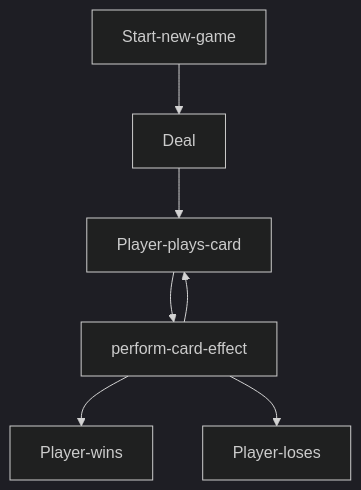
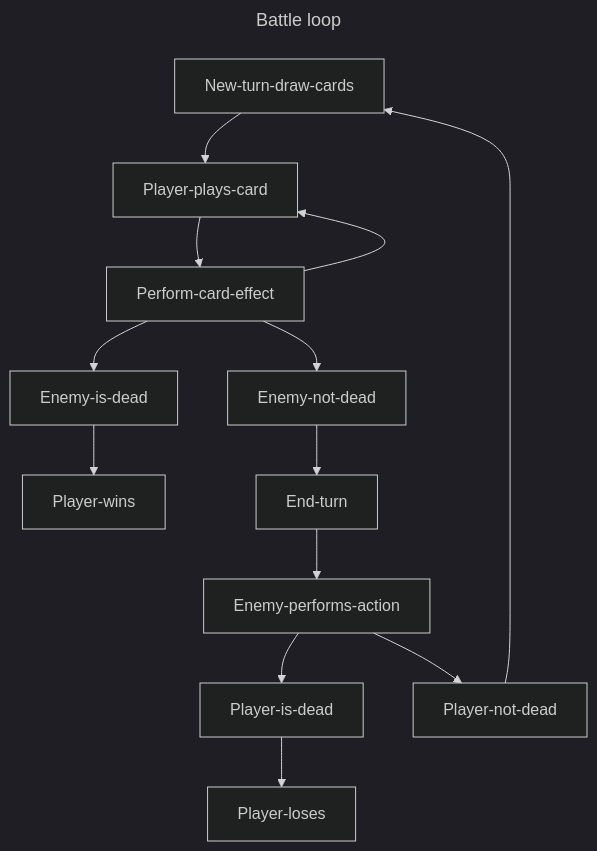
The second of 2 diagrams in README.md (fritzhuie/card-battler), drawn with Mermaid (dark theme) before and after one commit. The commit also changed other lines of this file, not shown here.

````diff
--- a/README.md
+++ b/README.md
@@ -24,9 +43,18 @@
 ```mermaid
+---
+title: Battle loop
+---
 graph TD;
-   Start-new-game --> Deal;
-   Deal --> Player-plays-card;
-   Player-plays-card --> perform-card-effect; 
-   perform-card-effect --> Player-plays-card;
-   perform-card-effect --> Player-wins;
-   perform-card-effect --> Player-loses;
+   New-turn-draw-cards --> Player-plays-card;
+   Player-plays-card --> Perform-card-effect; 
+   Perform-card-effect --> Player-plays-card;
+   Perform-card-effect --> Enemy-is-dead;
+   Enemy-is-dead --> Player-wins;
+   Perform-card-effect --> Enemy-not-dead;
+   Enemy-not-dead --> End-turn;
+   End-turn --> Enemy-performs-action;
+   Enemy-performs-action --> Player-is-dead;
+   Enemy-performs-action --> Player-not-dead;
+   Player-is-dead --> Player-loses;
+   Player-not-dead --> New-turn-draw-cards;
 ```
````
